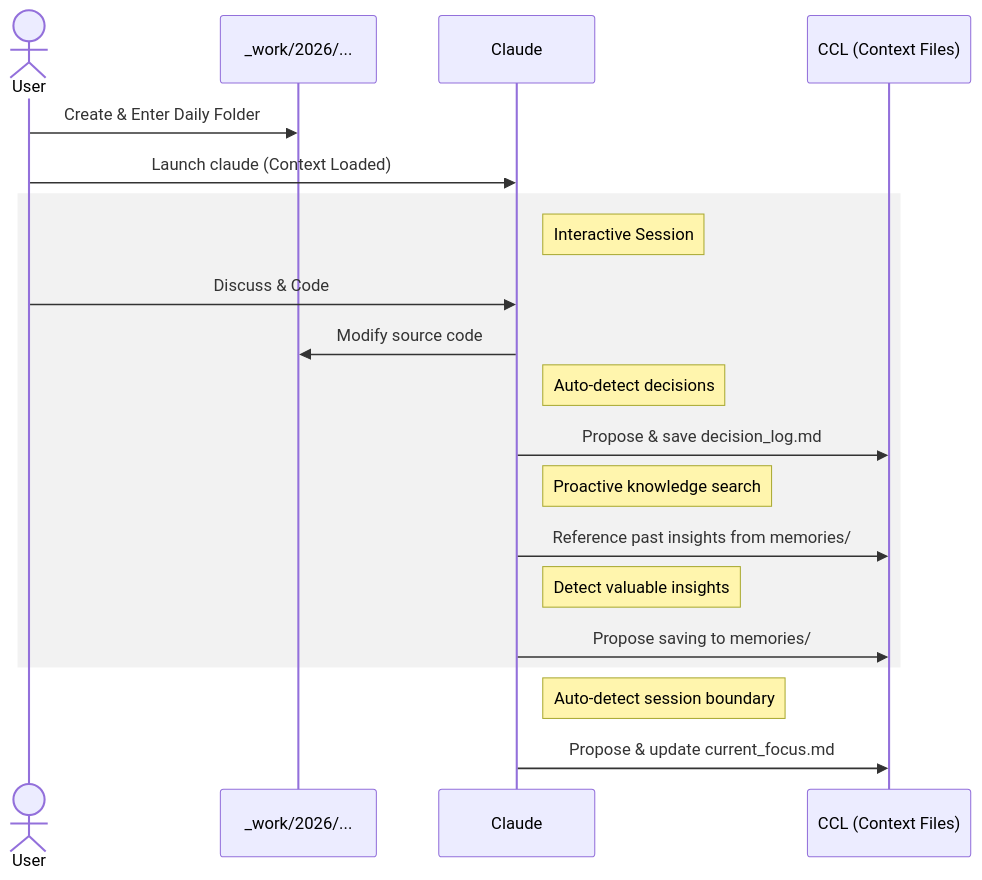
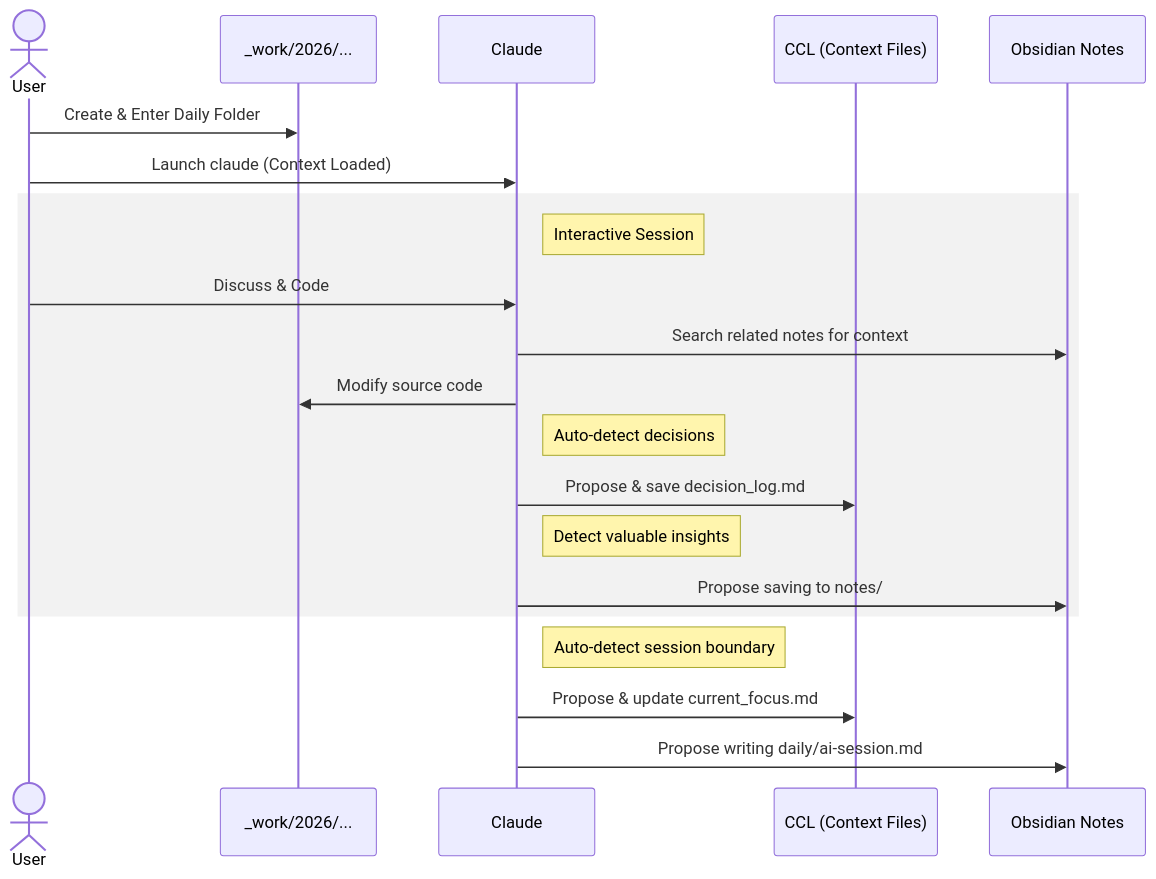
One commit to yt3trees/ai-collab-folder-structure changed the second of 2 diagrams in README.md. Above: the diagram before and after it, drawn with Mermaid. The commit also changed other lines of this file and 8 other files, not shown here.

````diff
--- a/README.md
+++ b/README.md
@@ -97,29 +97,29 @@
 ```mermaid
 sequenceDiagram
     actor User
     participant Work as _work/2026/...
     participant Claude
     participant CCL as CCL (Context Files)
+    participant Obsidian as Obsidian Notes
 
     User->>Work: Create & Enter Daily Folder
     User->>Claude: Launch claude (Context Loaded)
 
     rect rgba(128, 128, 128, 0.1)
         Note right of Claude: Interactive Session
 
         User->>Claude: Discuss & Code
+        Claude->>Obsidian: Search related notes for context
         Claude->>Work: Modify source code
 
         Note right of Claude: Auto-detect decisions
         Claude->>CCL: Propose & save decision_log.md
 
-        Note right of Claude: Proactive knowledge search
-        Claude->>CCL: Reference past insights from memories/
-
         Note right of Claude: Detect valuable insights
-        Claude->>CCL: Propose saving to memories/
+        Claude->>Obsidian: Propose saving to notes/
     end
 
     Note right of Claude: Auto-detect session boundary
     Claude->>CCL: Propose & update current_focus.md
+    Claude->>Obsidian: Propose writing daily/ai-session.md
 ```
````
